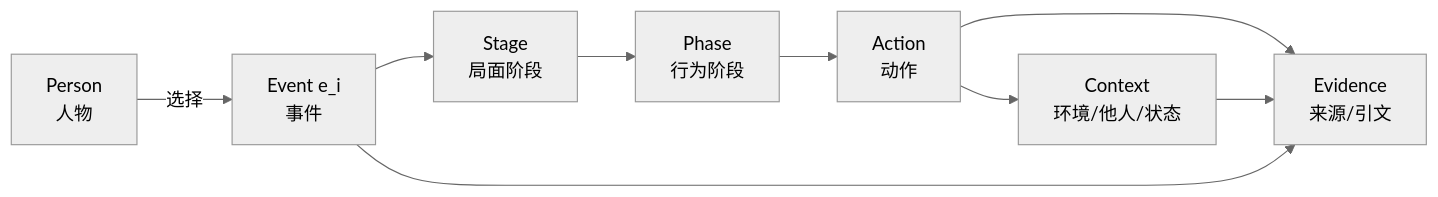
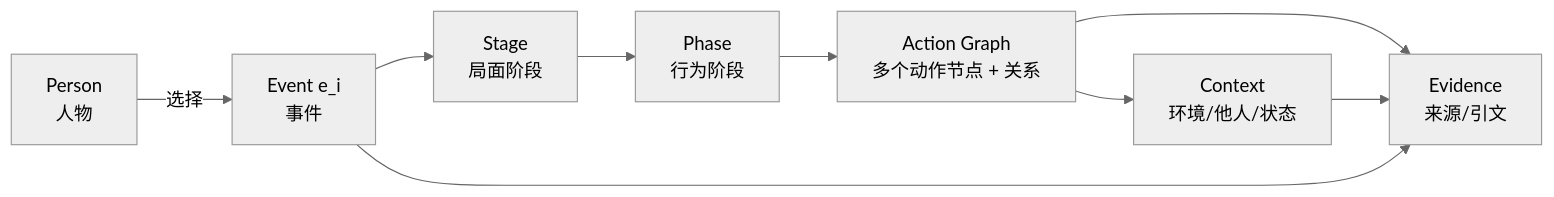
Before and after one commit to AgenticFinLab/FinMycelium: the second of 2 diagrams in docs/structures/0-overview.md, drawn with Mermaid (neutral theme). The commit also changed other lines of this file and 2 other files, not shown here.

First line of the commit message:
docs: fix phase action-subgraph representation

````diff
--- a/docs/structures/0-overview.md
+++ b/docs/structures/0-overview.md
@@ -59,11 +60,11 @@
 ```mermaid
 flowchart LR
     P["Person<br/>人物"] -->|选择| E["Event e_i<br/>事件"]
     E --> S["Stage<br/>局面阶段"]
     S --> PH["Phase<br/>行为阶段"]
-    PH --> A["Action<br/>动作"]
-    A --> C["Context<br/>环境/他人/状态"]
-    A --> V["Evidence<br/>来源/引文"]
+    PH --> G["Action Graph<br/>多个动作节点 + 关系"]
+    G --> C["Context<br/>环境/他人/状态"]
+    G --> V["Evidence<br/>来源/引文"]
     C --> V
     E --> V
 ```
````
